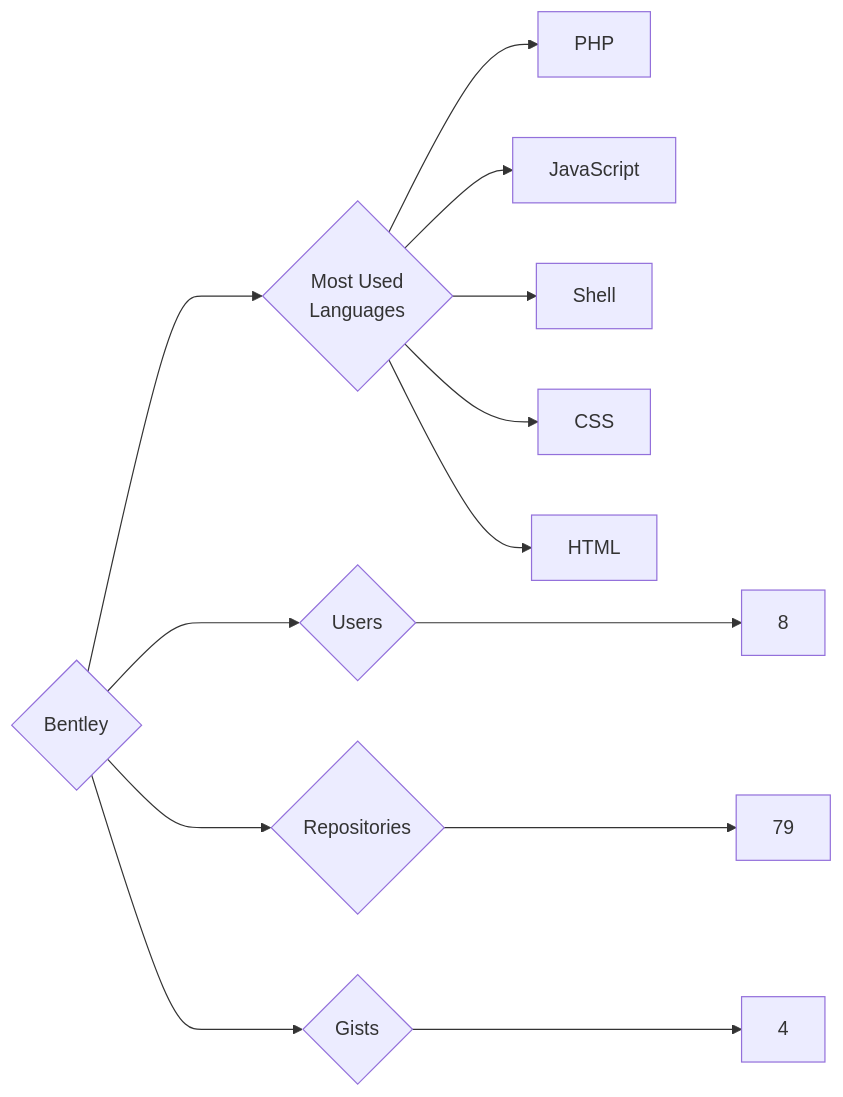
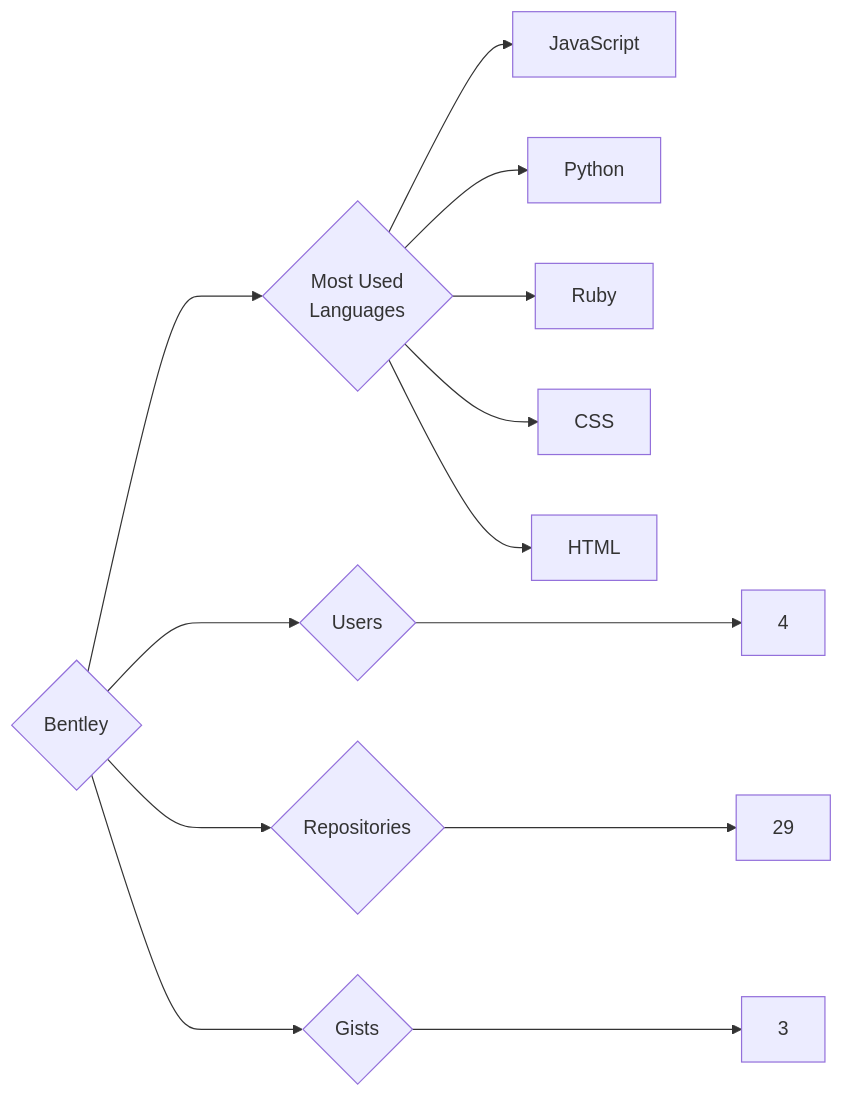
One commit to trickest/insiders changed the diagram in targets/Bentley/README.md. Above: the diagram before and after it, drawn with Mermaid. The commit also changed 993 other files, not shown here.

````diff
--- a/targets/Bentley/README.md
+++ b/targets/Bentley/README.md
@@ -3,13 +3,13 @@
 ```mermaid
 graph LR
 COMPANY_NAME{Bentley}
-COMPANY_NAME ---> U{Users} ---> UN[8]
-COMPANY_NAME ---> R{Repositories} ---> RN[79]
-COMPANY_NAME ---> G{Gists} ---> GN[4]
+COMPANY_NAME ---> U{Users} ---> UN[4]
+COMPANY_NAME ---> R{Repositories} ---> RN[29]
+COMPANY_NAME ---> G{Gists} ---> GN[3]
 COMPANY_NAME ---> ML{Most Used<br>Languages}
-ML --> PHP[PHP]
 ML --> JavaScript[JavaScript]
-ML --> Shell[Shell]
+ML --> Python[Python]
+ML --> Ruby[Ruby]
 ML --> CSS[CSS]
 ML --> HTML[HTML]
 ```
````
